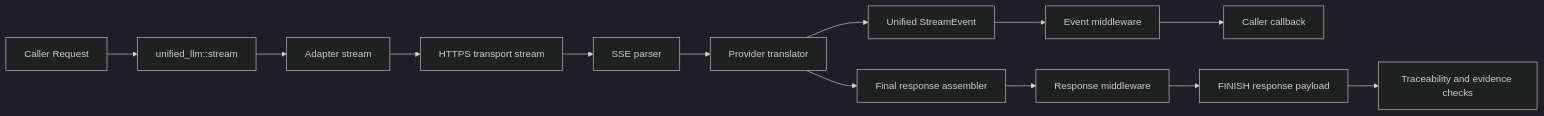
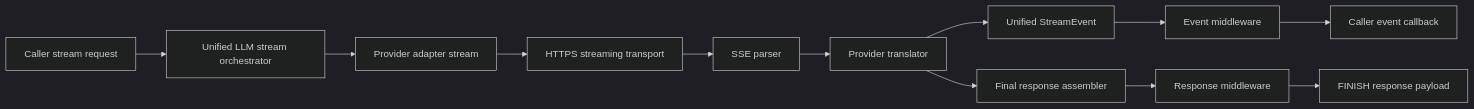
The fourth of 5 diagrams in docs/sprints/SPRINT-005-comprehensive-implementation-plan.md (jaytaylor/attractor-tcl), drawn with Mermaid (dark theme) before and after one commit. The commit also changed other lines of this file, not shown here.

````diff
--- a/docs/sprints/SPRINT-005-comprehensive-implementation-plan.md
+++ b/docs/sprints/SPRINT-005-comprehensive-implementation-plan.md
@@ -1898,15 +1078,14 @@
 ```mermaid
 flowchart LR
-  A[Caller Request] --> B[unified_llm::stream]
-  B --> C[Adapter stream]
-  C --> D[HTTPS transport stream]
+  A[Caller stream request] --> B[Unified LLM stream orchestrator]
+  B --> C[Provider adapter stream]
+  C --> D[HTTPS streaming transport]
   D --> E[SSE parser]
   E --> F[Provider translator]
   F --> G[Unified StreamEvent]
   G --> H[Event middleware]
-  H --> I[Caller callback]
+  H --> I[Caller event callback]
   F --> J[Final response assembler]
   J --> K[Response middleware]
   K --> L[FINISH response payload]
-  L --> M[Traceability and evidence checks]
 ```
````
